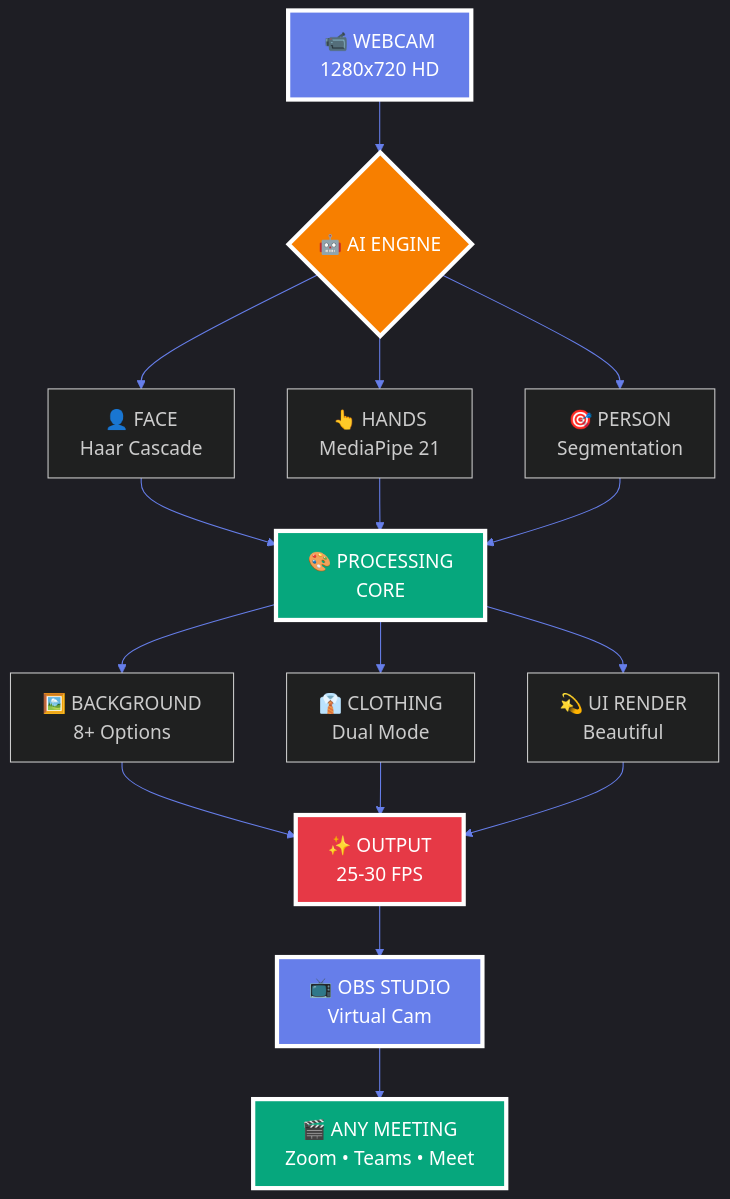
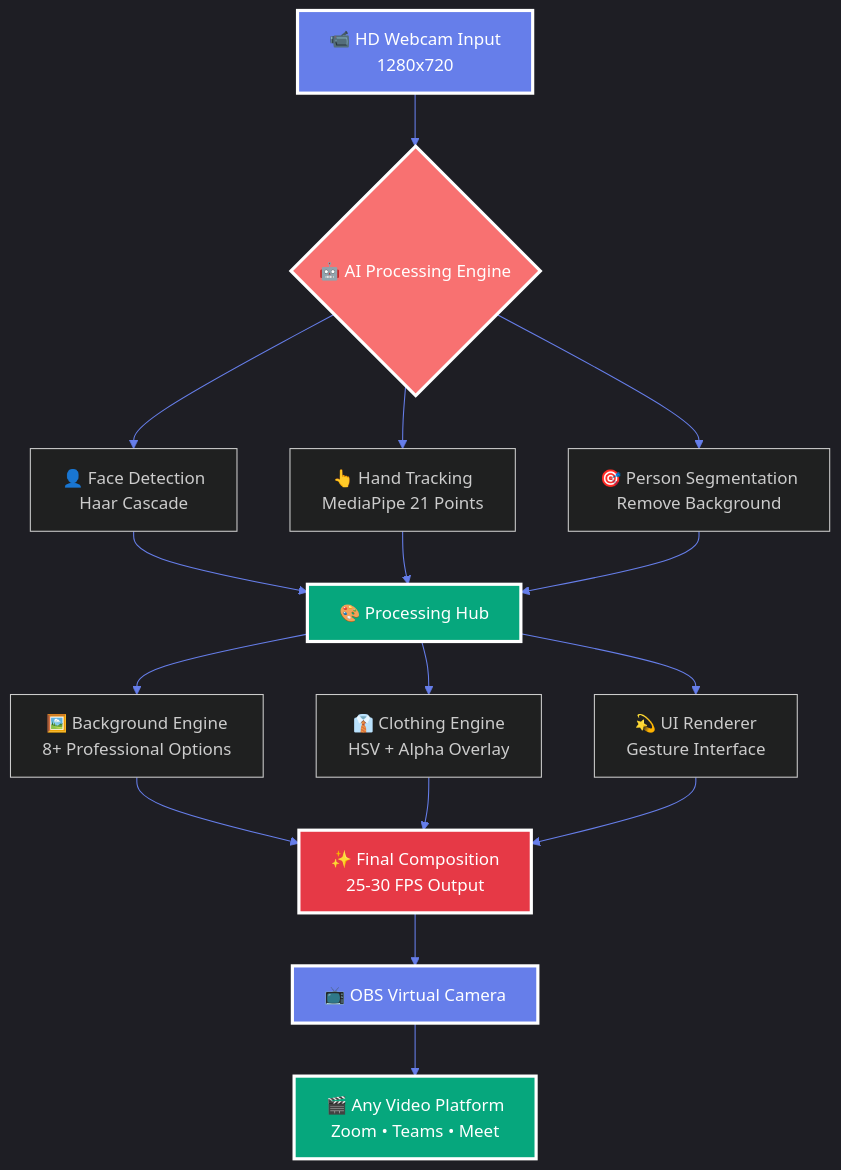
The first of 3 diagrams in readme.md (alam025/AI_Professional_Makeover), drawn with Mermaid before and after one commit. The commit also changed other lines of this file, not shown here.

````diff
--- a/readme.md
+++ b/readme.md
@@ -598,31 +300,31 @@
 ```mermaid
-%%{init: {'theme':'dark', 'themeVariables': { 'primaryColor':'#667EEA','secondaryColor':'#F77F00','tertiaryColor':'#06A77D','lineColor':'#667EEA','fontSize':'18px'}}}%%
+%%{init: {'theme':'dark', 'themeVariables': { 'primaryColor':'#667EEA','secondaryColor':'#F87171','tertiaryColor':'#06A77D','lineColor':'#667EEA','fontSize':'16px'}}}%%
 graph TB
-    A[📹 WEBCAM<br/>1280x720 HD] --> B{🤖 AI ENGINE}
+    A[📹 HD Webcam Input<br/>1280x720] --> B{🤖 AI Processing Engine}
     
-    B --> C[👤 FACE<br/>Haar Cascade]
-    B --> D[👆 HANDS<br/>MediaPipe 21]
-    B --> E[🎯 PERSON<br/>Segmentation]
+    B --> C[👤 Face Detection<br/>Haar Cascade]
+    B --> D[👆 Hand Tracking<br/>MediaPipe 21 Points]
+    B --> E[🎯 Person Segmentation<br/>Remove Background]
     
-    C --> F[🎨 PROCESSING<br/>CORE]
+    C --> F[🎨 Processing Hub]
     D --> F
     E --> F
     
-    F --> G[🖼️ BACKGROUND<br/>8+ Options]
-    F --> H[👔 CLOTHING<br/>Dual Mode]
-    F --> I[💫 UI RENDER<br/>Beautiful]
+    F --> G[🖼️ Background Engine<br/>8+ Professional Options]
+    F --> H[👔 Clothing Engine<br/>HSV + Alpha Overlay]
+    F --> I[💫 UI Renderer<br/>Gesture Interface]
     
-    G --> J[✨ OUTPUT<br/>25-30 FPS]
+    G --> J[✨ Final Composition<br/>25-30 FPS Output]
     H --> J
     I --> J
     
-    J --> K[📺 OBS STUDIO<br/>Virtual Cam]
-    K --> L[🎬 ANY MEETING<br/>Zoom • Teams • Meet]
+    J --> K[📺 OBS Virtual Camera]
+    K --> L[🎬 Any Video Platform<br/>Zoom • Teams • Meet]
     
-    style A fill:#667EEA,stroke:#fff,stroke-width:4px,color:#fff
-    style B fill:#F77F00,stroke:#fff,stroke-width:4px,color:#fff
-    style F fill:#06A77D,stroke:#fff,stroke-width:4px,color:#fff
-    style J fill:#E63946,stroke:#fff,stroke-width:4px,color:#fff
-    style K fill:#667EEA,stroke:#fff,stroke-width:4px,color:#fff
-    style L fill:#06A77D,stroke:#fff,stroke-width:4px,color:#fff
+    style A fill:#667EEA,stroke:#fff,stroke-width:3px,color:#fff
+    style B fill:#F87171,stroke:#fff,stroke-width:3px,color:#fff
+    style F fill:#06A77D,stroke:#fff,stroke-width:3px,color:#fff
+    style J fill:#E63946,stroke:#fff,stroke-width:3px,color:#fff
+    style K fill:#667EEA,stroke:#fff,stroke-width:3px,color:#fff
+    style L fill:#06A77D,stroke:#fff,stroke-width:3px,color:#fff
 ```
````
